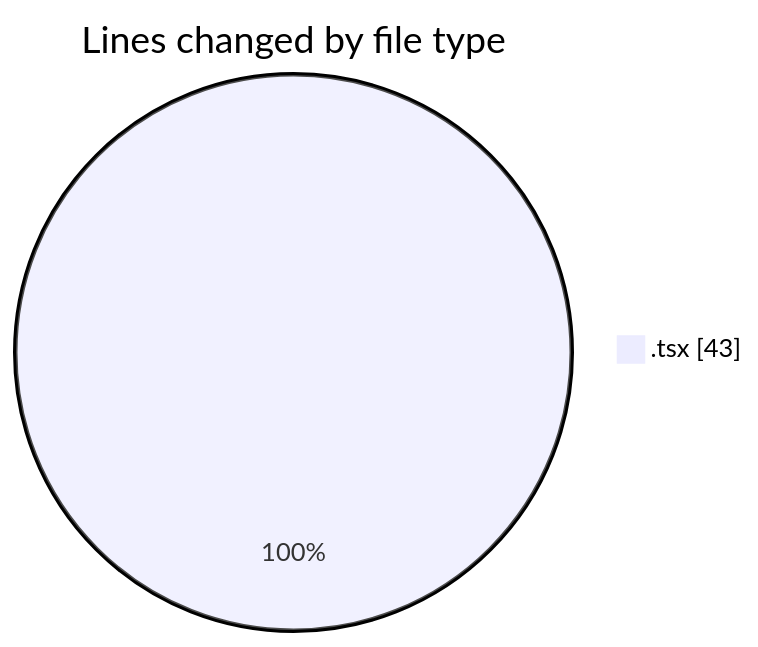
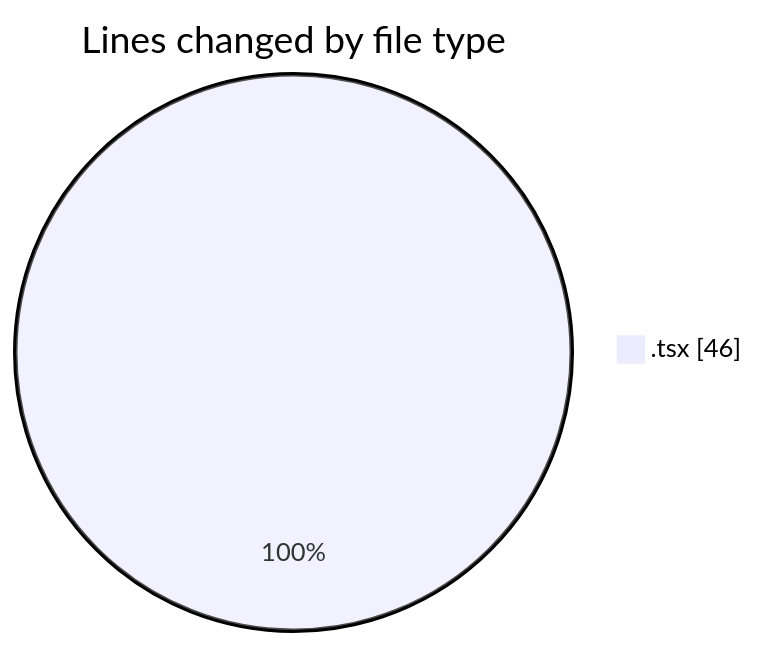
One commit to robertbonfada/code-tracking changed the first of 2 diagrams in 2025-01-09/mbc-web/README.md. Above: the diagram before and after it, drawn with Mermaid. The commit also changed other lines of this file and 1 other file, not shown here.

````diff
--- a/2025-01-09/mbc-web/README.md
+++ b/2025-01-09/mbc-web/README.md
@@ -21,5 +21,5 @@
 ```mermaid
 pie showData
 title Lines changed by file type
-".tsx" : 43
+".tsx" : 46
 ```
````
